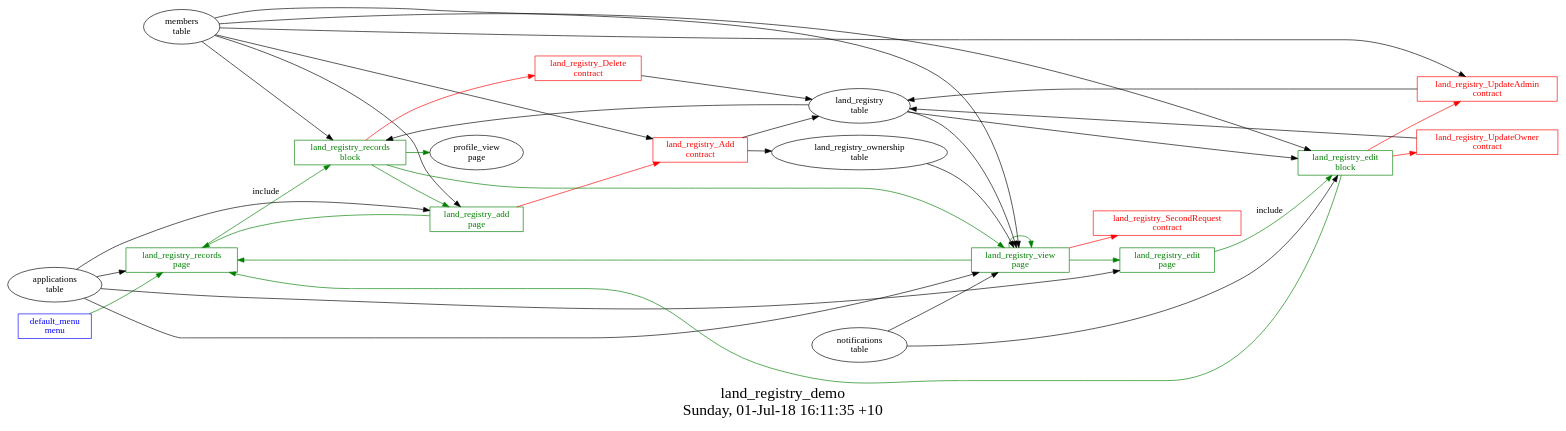
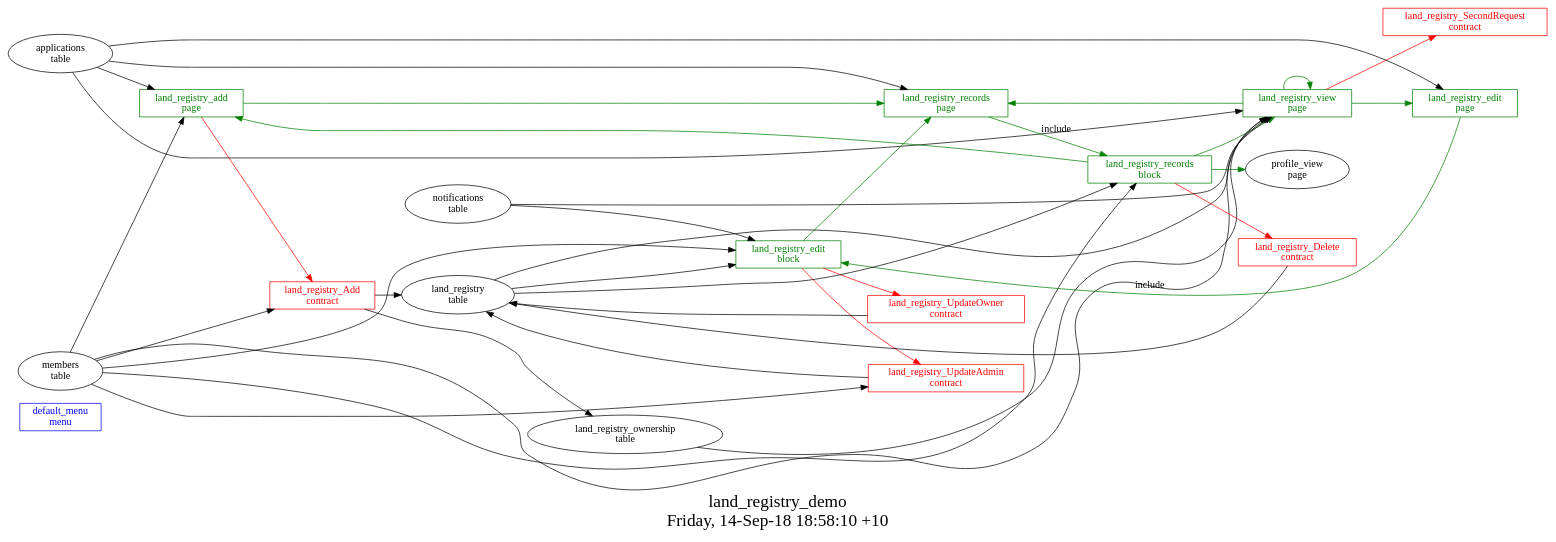
The diagram in quick-start-apps/land_registry_demo/struct.dot (AplaProject/apps), drawn with Graphviz before and after one commit. The commit also changed 11 other files, not shown here.

```diff
--- a/quick-start-apps/land_registry_demo/struct.dot
+++ b/quick-start-apps/land_registry_demo/struct.dot
@@ -1,59 +1,58 @@
 digraph G {
 fontsize="24";
-label="land_registry_demo\nSunday, 01-Jul-18 16:11:35 +10";
+label="land_registry_demo\nFriday, 14-Sep-18 18:58:10 +10";
 nojustify=true;
 ordering=out;
 rankdir=LR;
 size="30";
-"default_menu\nmenu" -> "land_registry_records\npage"  [ color=green ]
 "default_menu\nmenu" [color=blue, fontcolor=blue, group=menus, shape=record];
 "land_registry_add\npage" -> "land_registry_Add\ncontract"  [ color=red ]
 "applications\ntable" -> "land_registry_add\npage"
 "members\ntable" -> "land_registry_add\npage"
 "land_registry_add\npage" -> "land_registry_records\npage"  [ color=green ]
 "land_registry_add\npage" [color=green, fontcolor=green, group=pages, shape=record];
 "applications\ntable" -> "land_registry_edit\npage"
 "land_registry_edit\npage" -> "land_registry_edit\nblock"  [ color=green, label=include ]
 "land_registry_edit\npage" [color=green, fontcolor=green, group=pages, shape=record];
 "applications\ntable" -> "land_registry_records\npage"
 "land_registry_records\npage" -> "land_registry_records\nblock"  [ color=green, label=include ]
 "land_registry_records\npage" [color=green, fontcolor=green, group=pages, shape=record];
 "land_registry_view\npage" -> "land_registry_SecondRequest\ncontract"  [ color=red ]
 "applications\ntable" -> "land_registry_view\npage"
 "land_registry\ntable" -> "land_registry_view\npage"
 "land_registry_ownership\ntable" -> "land_registry_view\npage"
 "members\ntable" -> "land_registry_view\npage"
 "notifications\ntable" -> "land_registry_view\npage"
 "land_registry_view\npage" -> "land_registry_records\npage"  [ color=green ]
 "land_registry_view\npage" -> "land_registry_view\npage"  [ color=green ]
 "land_registry_view\npage" -> "land_registry_edit\npage"  [ color=green ]
 "land_registry_view\npage" [color=green, fontcolor=green, group=pages, shape=record];
 "land_registry_edit\nblock" -> "land_registry_UpdateAdmin\ncontract"  [ color=red ]
 "land_registry_edit\nblock" -> "land_registry_UpdateOwner\ncontract"  [ color=red ]
 "notifications\ntable" -> "land_registry_edit\nblock"
 "land_registry\ntable" -> "land_registry_edit\nblock"
 "members\ntable" -> "land_registry_edit\nblock"
 "land_registry_edit\nblock" -> "land_registry_records\npage"  [ color=green ]
 "land_registry_edit\nblock" [color=green, fontcolor=green, group=blocks, shape=record];
 "land_registry_records\nblock" -> "land_registry_Delete\ncontract"  [ color=red ]
 "land_registry\ntable" -> "land_registry_records\nblock"
 "members\ntable" -> "land_registry_records\nblock"
 "land_registry_records\nblock" -> "profile_view\npage"  [ color=green ]
 "land_registry_records\nblock" -> "land_registry_view\npage"  [ color=green ]
 "land_registry_records\nblock" -> "land_registry_add\npage"  [ color=green ]
 "land_registry_records\nblock" [color=green, fontcolor=green, group=blocks, shape=record];
 "land_registry_Add\ncontract" -> "land_registry\ntable"  [ color="" ]
 "land_registry_Add\ncontract" -> "land_registry_ownership\ntable"  [ color="" ]
 "members\ntable" -> "land_registry_Add\ncontract"
 "land_registry_Add\ncontract" [color=red, fontcolor=red, group=contracts, shape=record];
 "land_registry_Delete\ncontract" -> "land_registry\ntable"  [ color="" ]
 "land_registry_Delete\ncontract" [color=red, fontcolor=red, group=contracts, shape=record];
 "land_registry_SecondRequest\ncontract" [color=red, fontcolor=red, group=contracts, shape=record];
 "land_registry_UpdateAdmin\ncontract" -> "land_registry\ntable"  [ color="" ]
 "members\ntable" -> "land_registry_UpdateAdmin\ncontract"
 "land_registry_UpdateAdmin\ncontract" [color=red, fontcolor=red, group=contracts, shape=record];
 "land_registry_UpdateOwner\ncontract" -> "land_registry\ntable"  [ color="" ]
 "land_registry_UpdateOwner\ncontract" [color=red, fontcolor=red, group=contracts, shape=record];
 "land_registry\ntable" [color="", fontcolor="", group=tables, shape=""];
 "land_registry_ownership\ntable" [color="", fontcolor="", group=tables, shape=""];
 }
```
